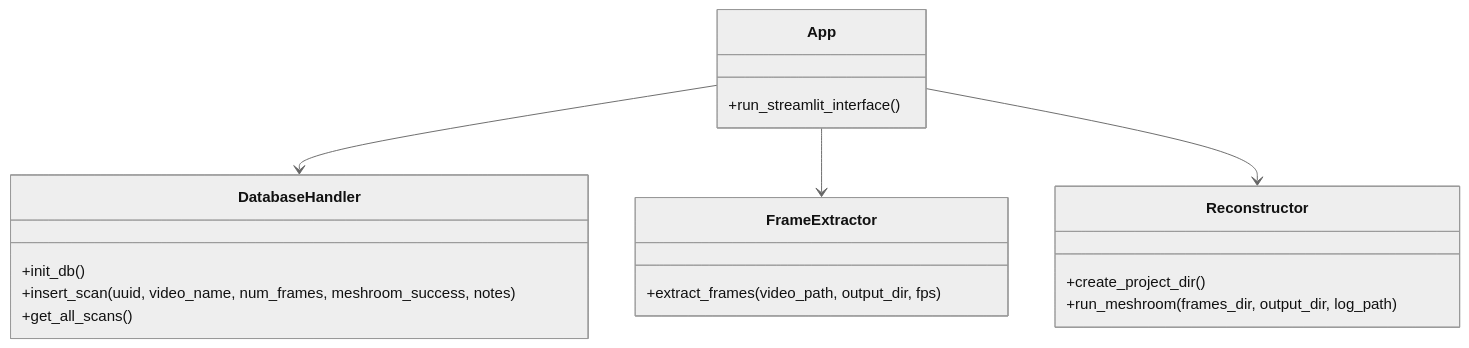
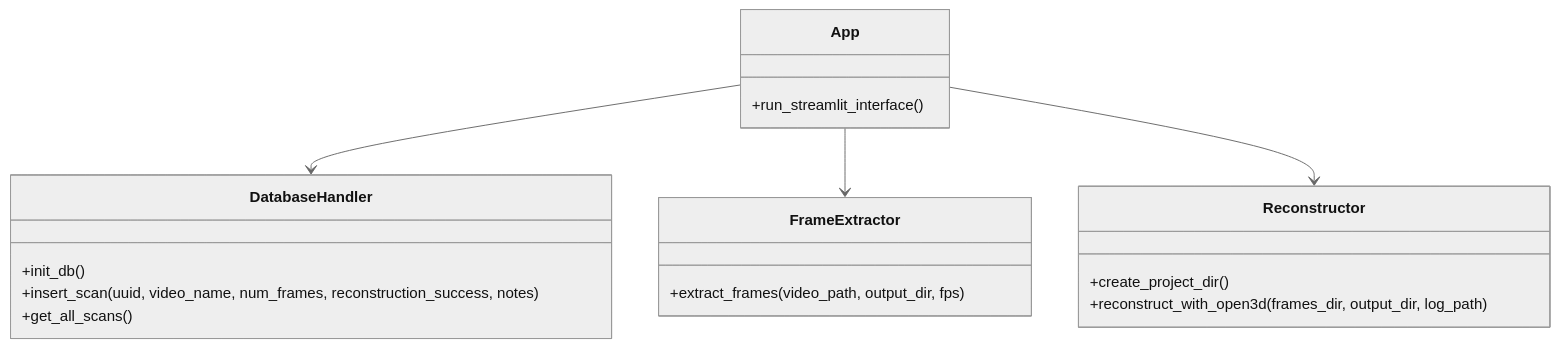
The diagram in README.md (zbuhrer/plantsketch), drawn with Mermaid (neutral theme) before and after one commit. The commit also changed other lines of this file, not shown here.

Commit message:
Update README with new features and Open3D integration

````diff
--- a/README.md
+++ b/README.md
@@ -49,25 +57,25 @@
 ```mermaid
 classDiagram
     class App {
         +run_streamlit_interface()
     }
 
     class DatabaseHandler {
         +init_db()
-        +insert_scan(uuid, video_name, num_frames, meshroom_success, notes)
+        +insert_scan(uuid, video_name, num_frames, reconstruction_success, notes)
         +get_all_scans()
     }
 
     class FrameExtractor {
         +extract_frames(video_path, output_dir, fps)
     }
 
     class Reconstructor {
         +create_project_dir()
-        +run_meshroom(frames_dir, output_dir, log_path)
+        +reconstruct_with_open3d(frames_dir, output_dir, log_path)
     }
 
     App --> DatabaseHandler
     App --> FrameExtractor
     App --> Reconstructor
 ```
````
